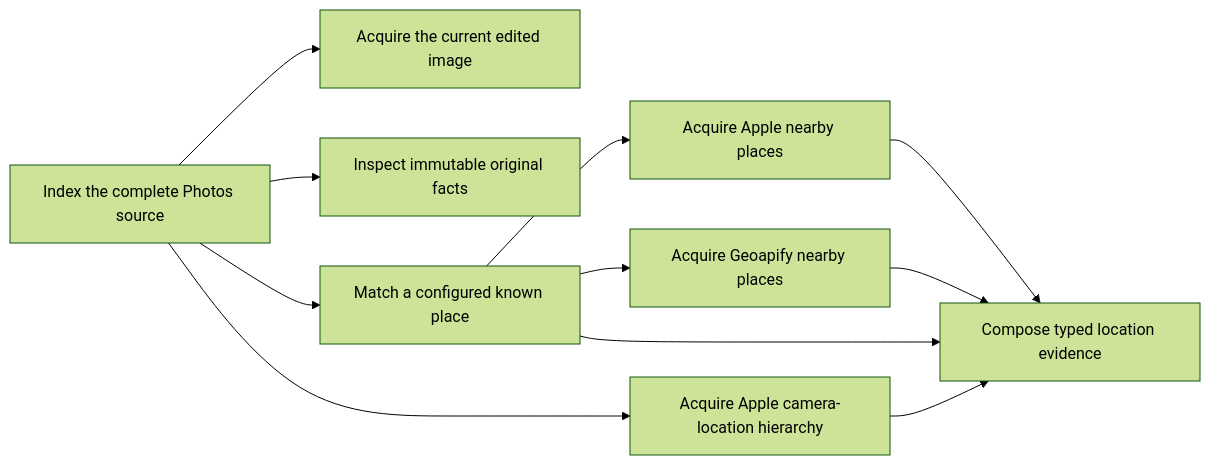
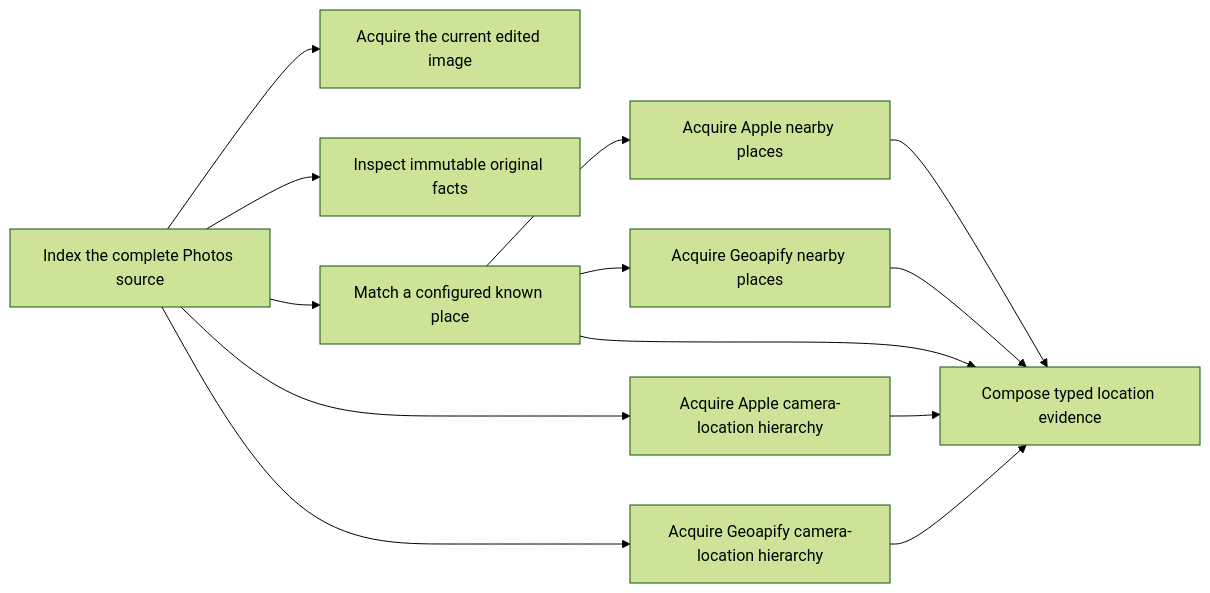
One commit to opentrawl/opentrawl changed the diagram in trawlers/photos/docs/architecture.md. Above: the diagram before and after it, drawn with Mermaid (forest theme). The commit also changed other lines of this file and 19 other files, not shown here.

Commit message:
Restore Geoapify camera location hierarchy

````diff
--- a/trawlers/photos/docs/architecture.md
+++ b/trawlers/photos/docs/architecture.md
@@ -24,22 +24,25 @@
 ```mermaid
 flowchart LR
     source["Index the complete Photos source"]
     current["Acquire the current edited image"]
     original["Inspect immutable original facts"]
     known["Match a configured known place"]
     appleReverse["Acquire Apple camera-location hierarchy"]
     appleNearby["Acquire Apple nearby places"]
-    geoapify["Acquire Geoapify nearby places"]
+    geoapifyReverse["Acquire Geoapify camera-location hierarchy"]
+    geoapifyPlaces["Acquire Geoapify nearby places"]
     compose["Compose typed location evidence"]
 
     source --> current
     source --> original
     source --> known
     source --> appleReverse
+    source --> geoapifyReverse
     known --> appleNearby
-    known --> geoapify
+    known --> geoapifyPlaces
     known --> compose
     appleReverse --> compose
     appleNearby --> compose
-    geoapify --> compose
+    geoapifyReverse --> compose
+    geoapifyPlaces --> compose
 ```
````
